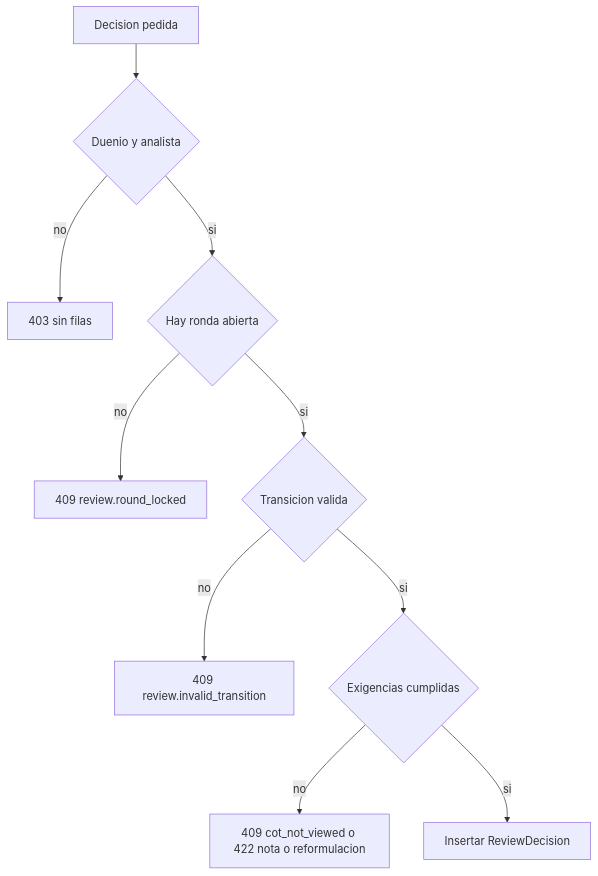
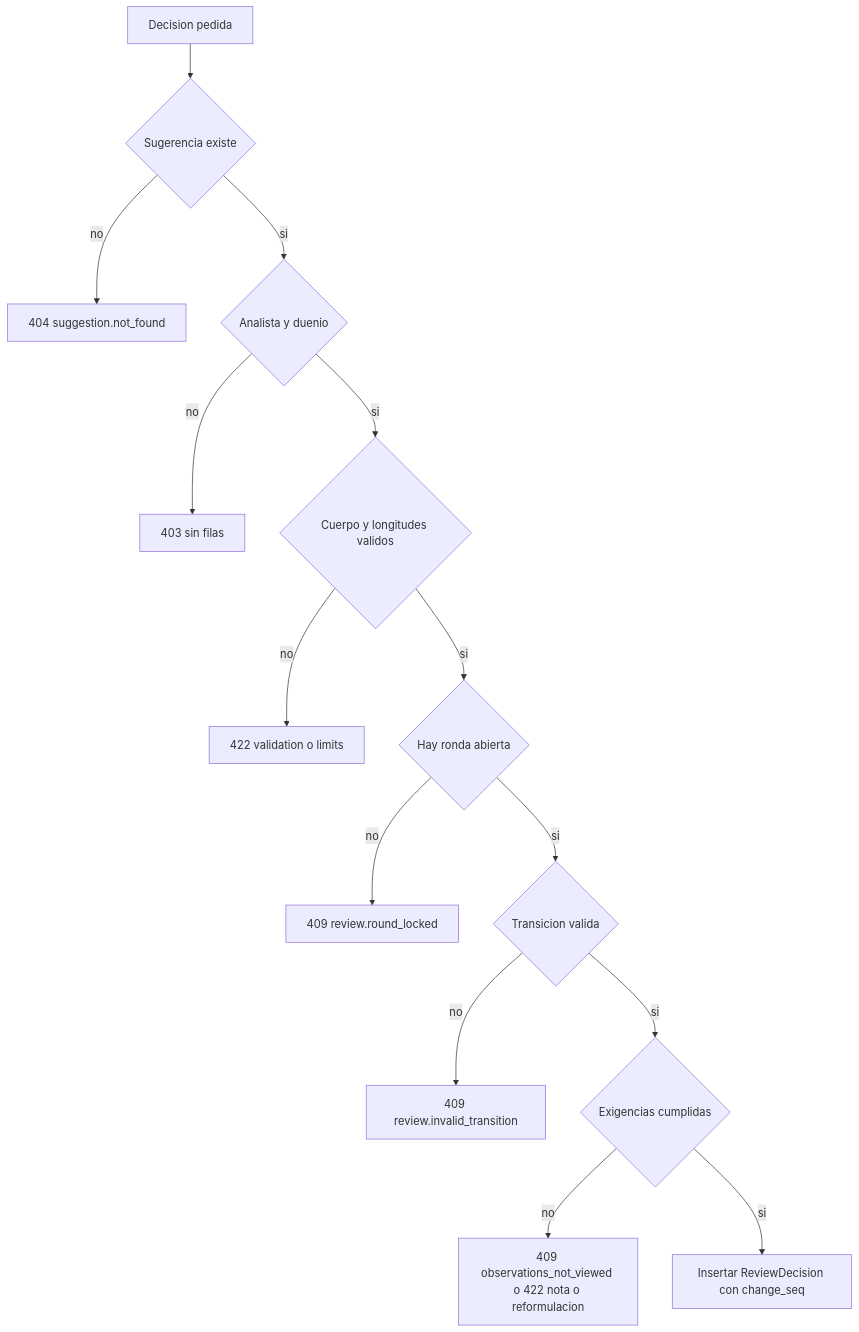
One commit to freyesJaveriana/tai changed the first of 4 diagrams in aidlc/spaces/default/intents/261002-veridicus-mvp/construction/human-review/functional-design/functional-spec.md. Above: the diagram before and after it, drawn with Mermaid. The commit also changed other lines of this file and 9 other files, not shown here.

````diff
--- a/aidlc/spaces/default/intents/261002-veridicus-mvp/construction/human-review/functional-design/functional-spec.md
+++ b/aidlc/spaces/default/intents/261002-veridicus-mvp/construction/human-review/functional-design/functional-spec.md
@@ -48,12 +73,16 @@
 ```mermaid
 flowchart TD
-  A[Decision pedida] --> B{Duenio y analista}
-  B -- no --> F403[403 sin filas]
-  B -- si --> C{Hay ronda abierta}
-  C -- no --> F409r[409 review.round_locked]
-  C -- si --> D{Transicion valida}
-  D -- no --> F409t[409 review.invalid_transition]
-  D -- si --> E{Exigencias cumplidas}
-  E -- no --> F4xx[409 cot_not_viewed o 422 nota o reformulacion]
-  E -- si --> G[Insertar ReviewDecision]
+  A[Decision pedida] --> B{Sugerencia existe}
+  B -- no --> F404[404 suggestion.not_found]
+  B -- si --> C{Analista y duenio}
+  C -- no --> F403[403 sin filas]
+  C -- si --> V{Cuerpo y longitudes validos}
+  V -- no --> F422v[422 validation o limits]
+  V -- si --> D{Hay ronda abierta}
+  D -- no --> F409r[409 review.round_locked]
+  D -- si --> T{Transicion valida}
+  T -- no --> F409t[409 review.invalid_transition]
+  T -- si --> E{Exigencias cumplidas}
+  E -- no --> F4xx[409 observations_not_viewed o 422 nota o reformulacion]
+  E -- si --> G[Insertar ReviewDecision con change_seq]
 ```
````
